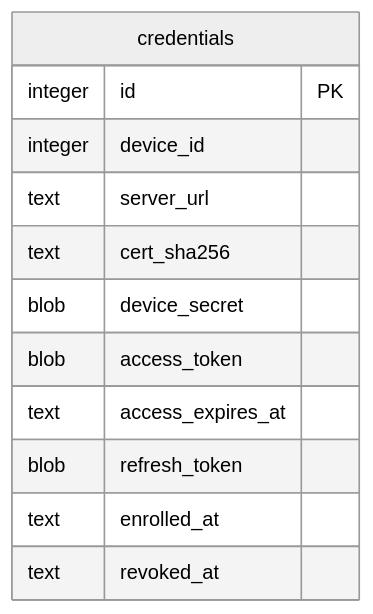
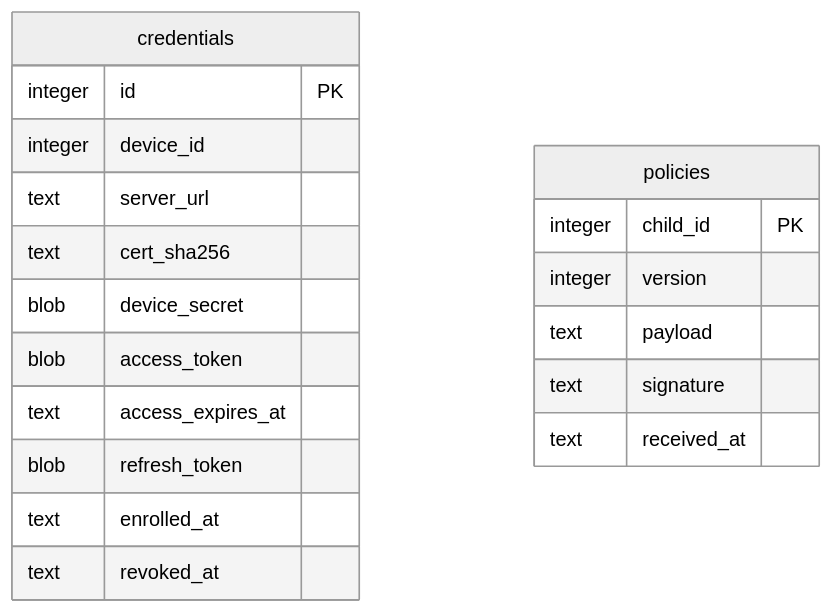
One commit to nmtrong1000/ogk changed the diagram in ogk-agent/migrations/DB_SCHEMA.md. Above: the diagram before and after it, drawn with Mermaid (neutral theme). The commit also changed other lines of this file and 20 other files, not shown here.

````diff
--- a/ogk-agent/migrations/DB_SCHEMA.md
+++ b/ogk-agent/migrations/DB_SCHEMA.md
@@ -12,15 +12,22 @@
 ```mermaid
 erDiagram
     credentials {
         integer id PK
         integer device_id
         text server_url
         text cert_sha256
         blob device_secret
         blob access_token
         text access_expires_at
         blob refresh_token
         text enrolled_at
         text revoked_at
     }
+    policies {
+        integer child_id PK
+        integer version
+        text payload
+        text signature
+        text received_at
+    }
 ```
````
